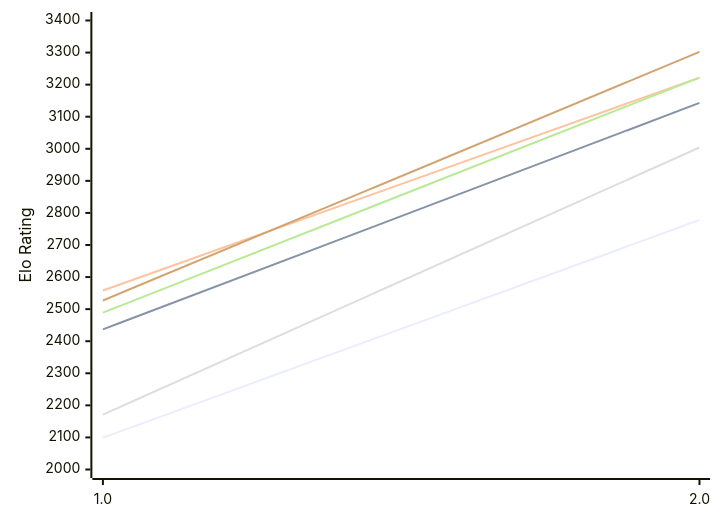
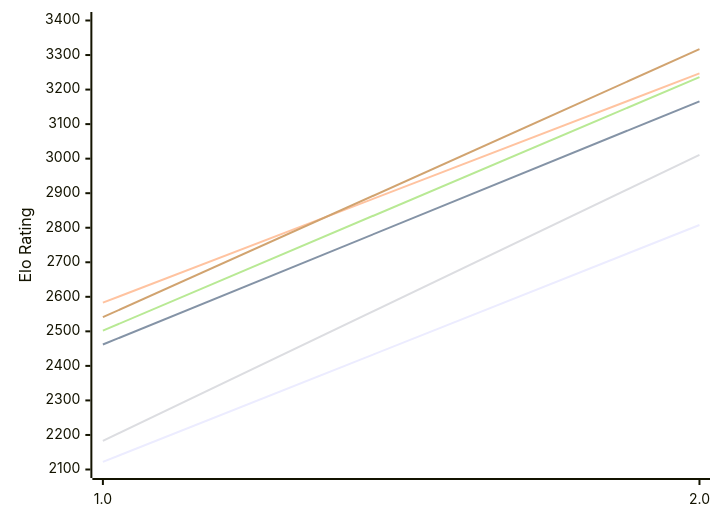
One commit to computer-chess-index/cci changed the diagram in engines/Scarlet.md. Above: the diagram before and after it, drawn with Mermaid. The commit also changed other lines of this file, not shown here.

Commit message:
Update CCI Ratings (ELO VLTC) - 2026-10-24

````diff
--- a/engines/Scarlet.md
+++ b/engines/Scarlet.md
@@ -49,12 +49,12 @@
 ```mermaid
 %%{init: {"theme":"base","themeVariables":{"seriesColors:['#a3a3a3','#222221','#faa371']}}}%%
 xychart-beta
   x-axis ["1.0", "2.0"]
-  y-axis "Elo Rating" 2000 --> 3400
-  line "E1: STC (8.0+0.08s)" [2099, 2778]
-  line "E1: LTC (60.0+0.60s)" [2437, 3143]
-  line "E1: VLTC (2m24s+1.12s)" [2558, 3222]
-  line "P1: STC (8.0+0.08s)" [2171, 3004]
-  line "P1: LTC (60.0+0.60s)" [2489, 3222]
-  line "P1: VLTC (2m24s+1.12s)" [2527, 3302]
+  y-axis "Elo Rating" 2100 --> 3400
+  line "E1: STC (8.0+0.08s)" [2122, 2808]
+  line "E1: LTC (60.0+0.60s)" [2462, 3166]
+  line "E1: VLTC (2m24s+1.12s)" [2583, 3247]
+  line "P1: STC (8.0+0.08s)" [2183, 3011]
+  line "P1: LTC (60.0+0.60s)" [2502, 3236]
+  line "P1: VLTC (2m24s+1.12s)" [2541, 3317]
 ```
````
